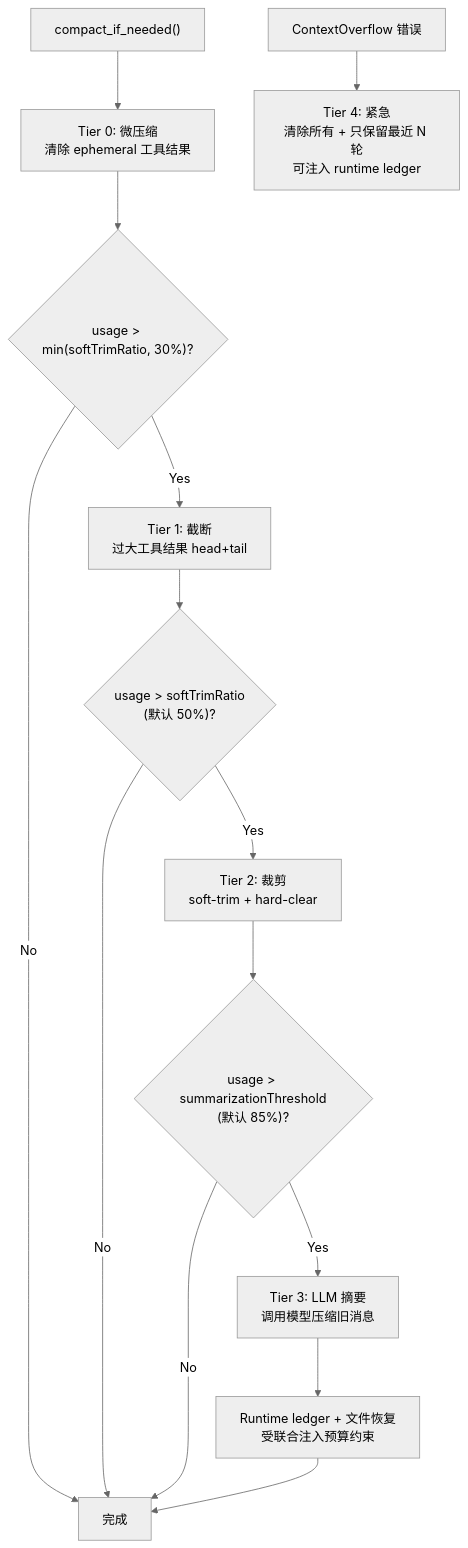
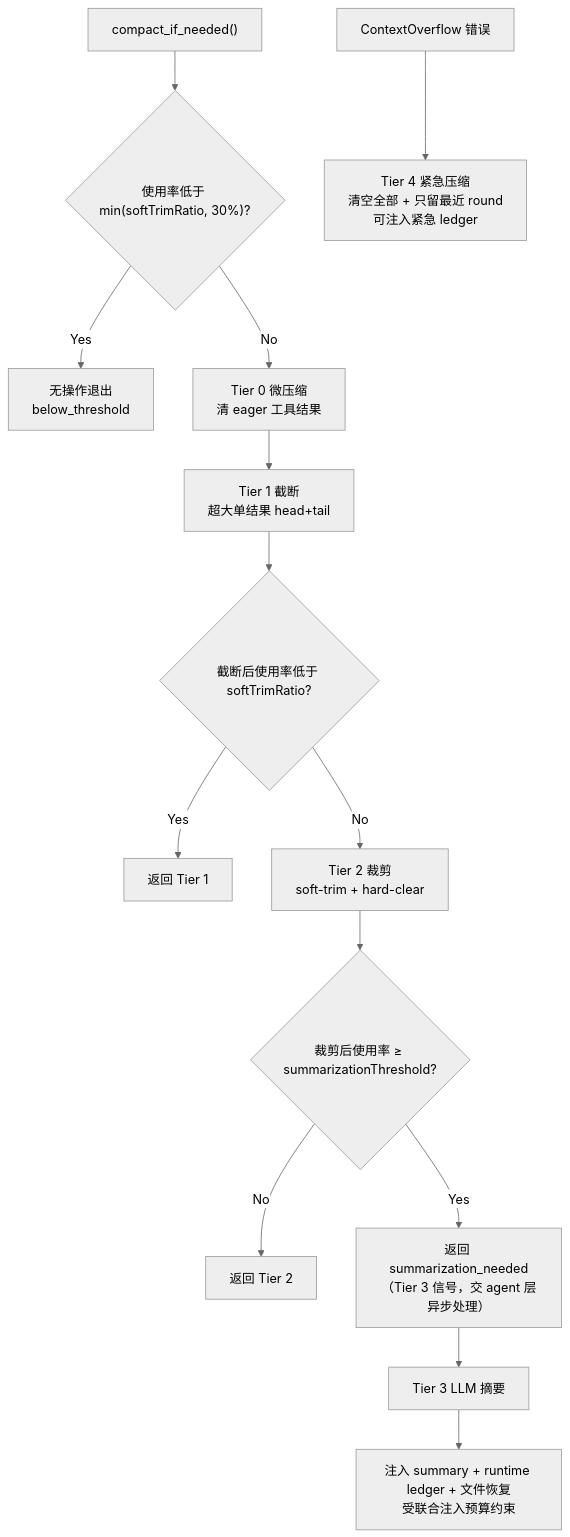
The first of 4 diagrams in docs/architecture/context-compact.md (shiwenwen/hope-agent), drawn with Mermaid (neutral theme) before and after one commit. The commit also changed other lines of this file and 11 other files, not shown here.

First line of the commit message:
🦭docs: 第四批 12 篇按新标准重做（local-model-loading/context-compact/automation-model/artifacts/agent-config/plan-mode/hooks/goal/knowledge-base/agent-team/subagent/domain-workflow）

````diff
--- a/docs/architecture/context-compact.md
+++ b/docs/architecture/context-compact.md
@@ -16,16 +31,17 @@
 ```mermaid
 flowchart TD
-    A["compact_if_needed()"] --> B["Tier 0: 微压缩<br/>清除 ephemeral 工具结果"]
-    B --> C{"usage > min(softTrimRatio, 30%)?"}
-    C -- No --> Done["完成"]
-    C -- Yes --> D["Tier 1: 截断<br/>过大工具结果 head+tail"]
-    D --> E{"usage > softTrimRatio<br/>(默认 50%)?"}
-    E -- No --> Done
-    E -- Yes --> F["Tier 2: 裁剪<br/>soft-trim + hard-clear"]
-    F --> G{"usage > summarizationThreshold<br/>(默认 85%)?"}
-    G -- No --> Done
-    G -- Yes --> H["Tier 3: LLM 摘要<br/>调用模型压缩旧消息"]
-    H --> I["Runtime ledger + 文件恢复<br/>受联合注入预算约束"]
-    I --> Done
-    J["ContextOverflow 错误"] --> K["Tier 4: 紧急<br/>清除所有 + 只保留最近 N 轮<br/>可注入 runtime ledger"]
+    A["compact_if_needed()"] --> Q{"使用率低于 min(softTrimRatio, 30%)?"}
+    Q -- Yes --> Done0["无操作退出<br/>below_threshold"]
+    Q -- No --> T0["Tier 0 微压缩<br/>清 eager 工具结果"]
+    T0 --> T1["Tier 1 截断<br/>超大单结果 head+tail"]
+    T1 --> E1{"截断后使用率低于 softTrimRatio?"}
+    E1 -- Yes --> DoneT1["返回 Tier 1"]
+    E1 -- No --> T2["Tier 2 裁剪<br/>soft-trim + hard-clear"]
+    T2 --> E2{"裁剪后使用率 ≥ summarizationThreshold?"}
+    E2 -- No --> DoneT2["返回 Tier 2"]
+    E2 -- Yes --> Sig["返回 summarization_needed<br/>（Tier 3 信号，交 agent 层异步处理）"]
+    Sig --> T3["Tier 3 LLM 摘要"]
+    T3 --> Inject["注入 summary + runtime ledger + 文件恢复<br/>受联合注入预算约束"]
+
+    OF["ContextOverflow 错误"] --> T4["Tier 4 紧急压缩<br/>清空全部 + 只留最近 round<br/>可注入紧急 ledger"]
 ```
````
